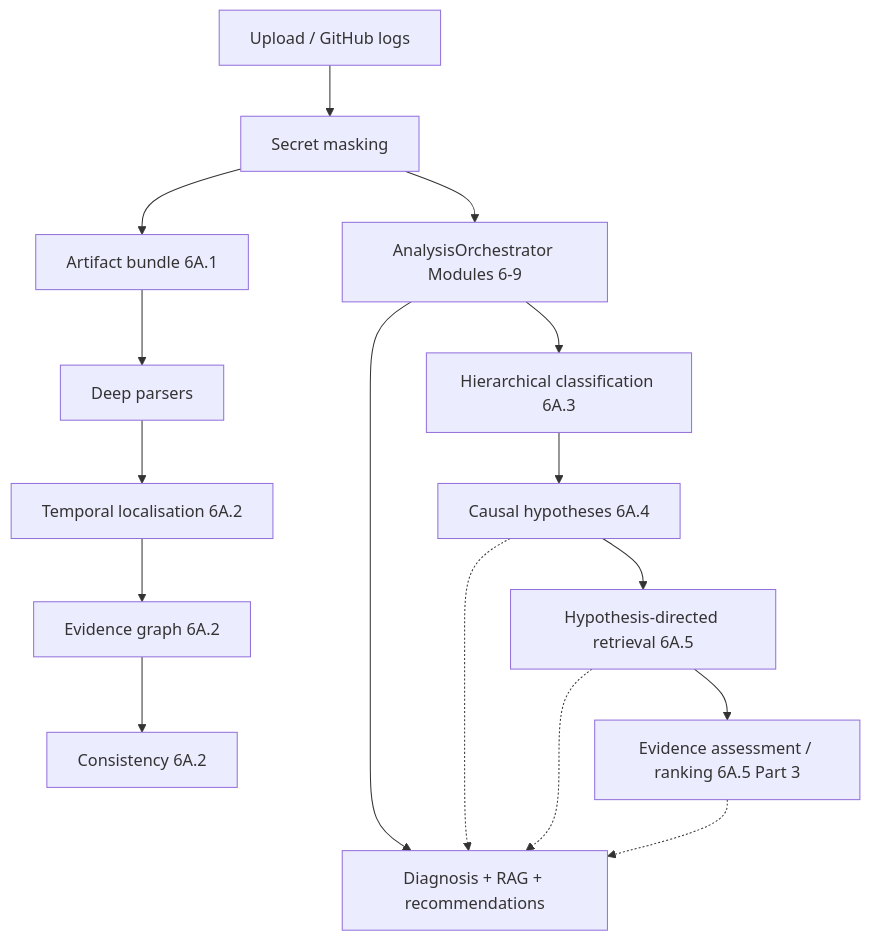
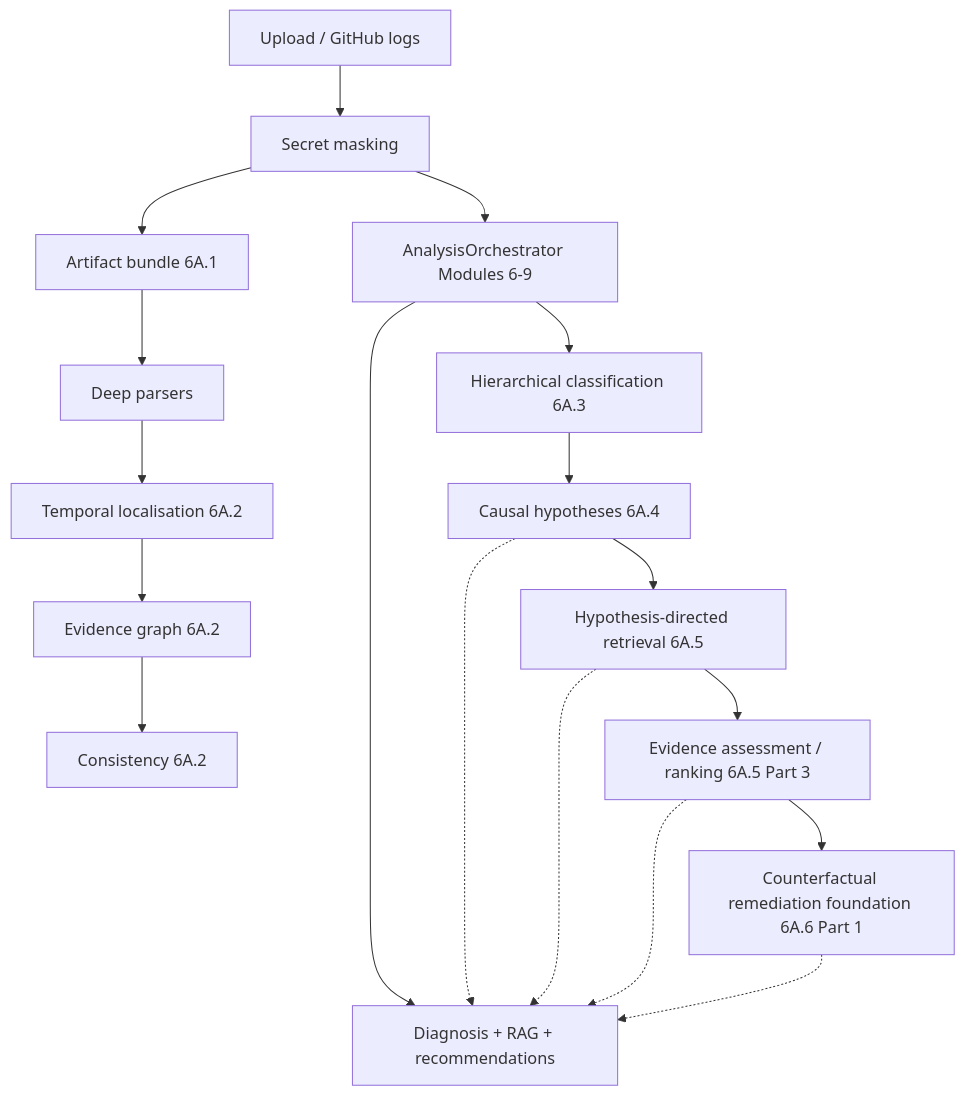
The diagram in docs/PHASE6A_CAUSAL_AI_PIPELINE.md (chanukaabeysinghe1031/devguard_ai), drawn with Mermaid before and after one commit. The commit also changed other lines of this file and 12 other files, not shown here.

First line of the commit message:
docs: document Phase 6A.6 Part 1 counterfactual remediation foundation

````diff
--- a/docs/PHASE6A_CAUSAL_AI_PIPELINE.md
+++ b/docs/PHASE6A_CAUSAL_AI_PIPELINE.md
@@ -22,18 +23,20 @@
 ```mermaid
 flowchart TB
   U[Upload / GitHub logs] --> M[Secret masking]
   M --> O[AnalysisOrchestrator Modules 6-9]
   M --> B[Artifact bundle 6A.1]
   B --> P[Deep parsers]
   P --> T[Temporal localisation 6A.2]
   T --> G[Evidence graph 6A.2]
   G --> C[Consistency 6A.2]
   O --> H[Hierarchical classification 6A.3]
   H --> Y[Causal hypotheses 6A.4]
   Y --> R5[Hypothesis-directed retrieval 6A.5]
   R5 --> E5[Evidence assessment / ranking 6A.5 Part 3]
+  E5 --> F6[Counterfactual remediation foundation 6A.6 Part 1]
   O --> D[Diagnosis + RAG + recommendations]
   Y -.-> D
   R5 -.-> D
   E5 -.-> D
+  F6 -.-> D
 ```
````
